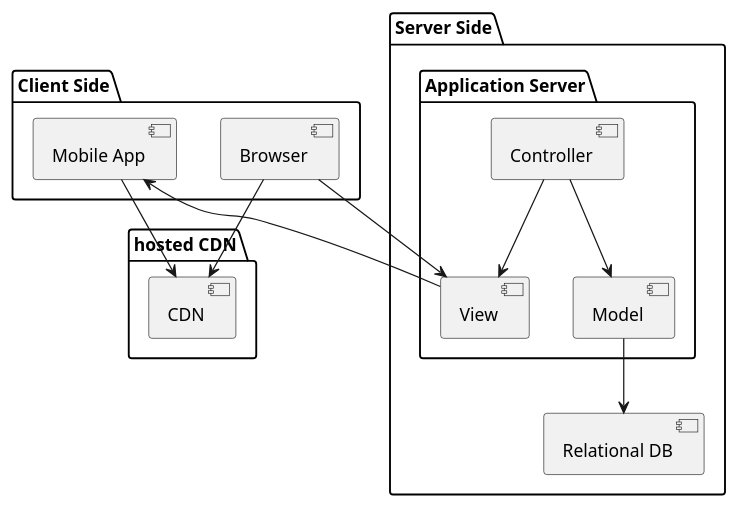
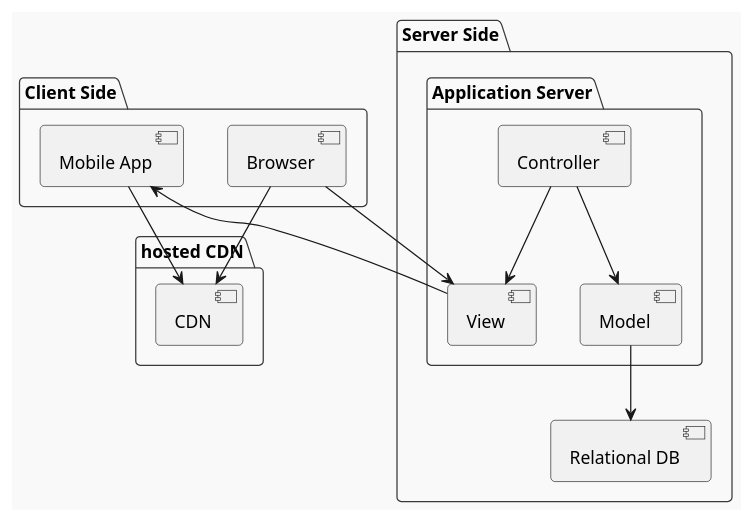
Before and after one commit to jayd719/DjangoFoodOrderingApp: the diagram in DOCS/topLevel.plantuml, drawn with PlantUML. The commit also changed 11 other files, not shown here.

```diff
--- a/DOCS/topLevel.plantuml
+++ b/DOCS/topLevel.plantuml
@@ -1,28 +1,30 @@
 @startuml topLevel
+!theme mars
+
 package "Client Side" {
   [Browser]
   [Mobile App]
 }
 
 package "hosted CDN" {
   [CDN]
 }
 
 package "Server Side" {
   package "Application Server" {
     [Controller]
     [View]
     [Model]
   }
   [Relational DB]
 }
 
 
 [Browser] --> [CDN]
 [Mobile App] --> [CDN]
 [Browser] --> [View]
 [Mobile App] <--[View]
 [Controller] --> [View]
 [Controller] --> [Model]
 [Model] --> [Relational DB]
 @enduml
```
